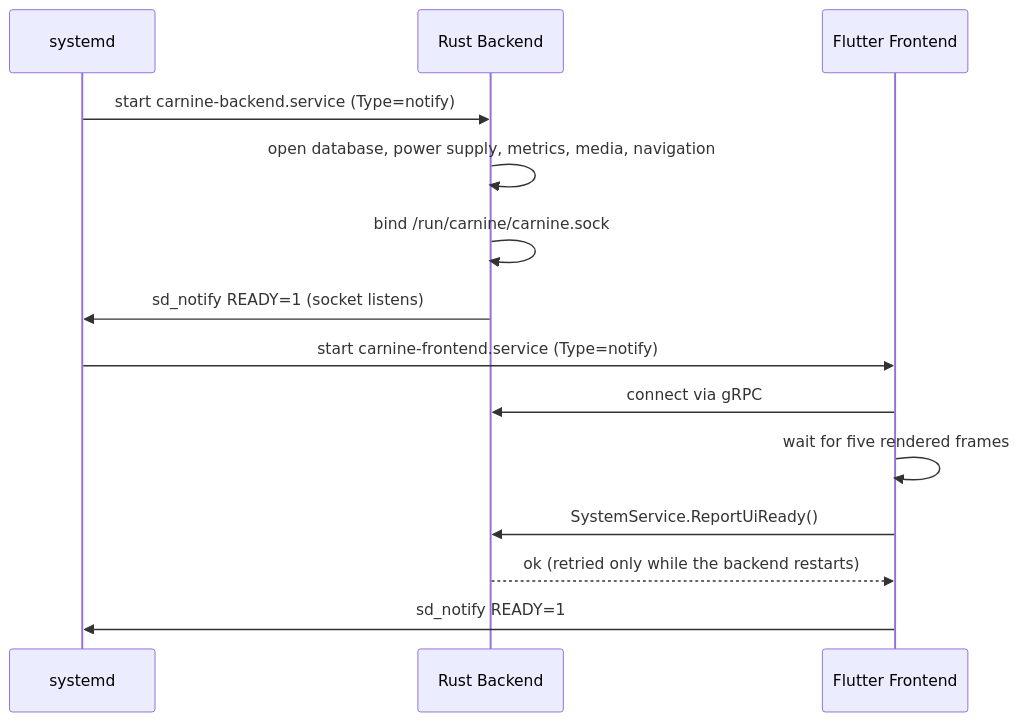
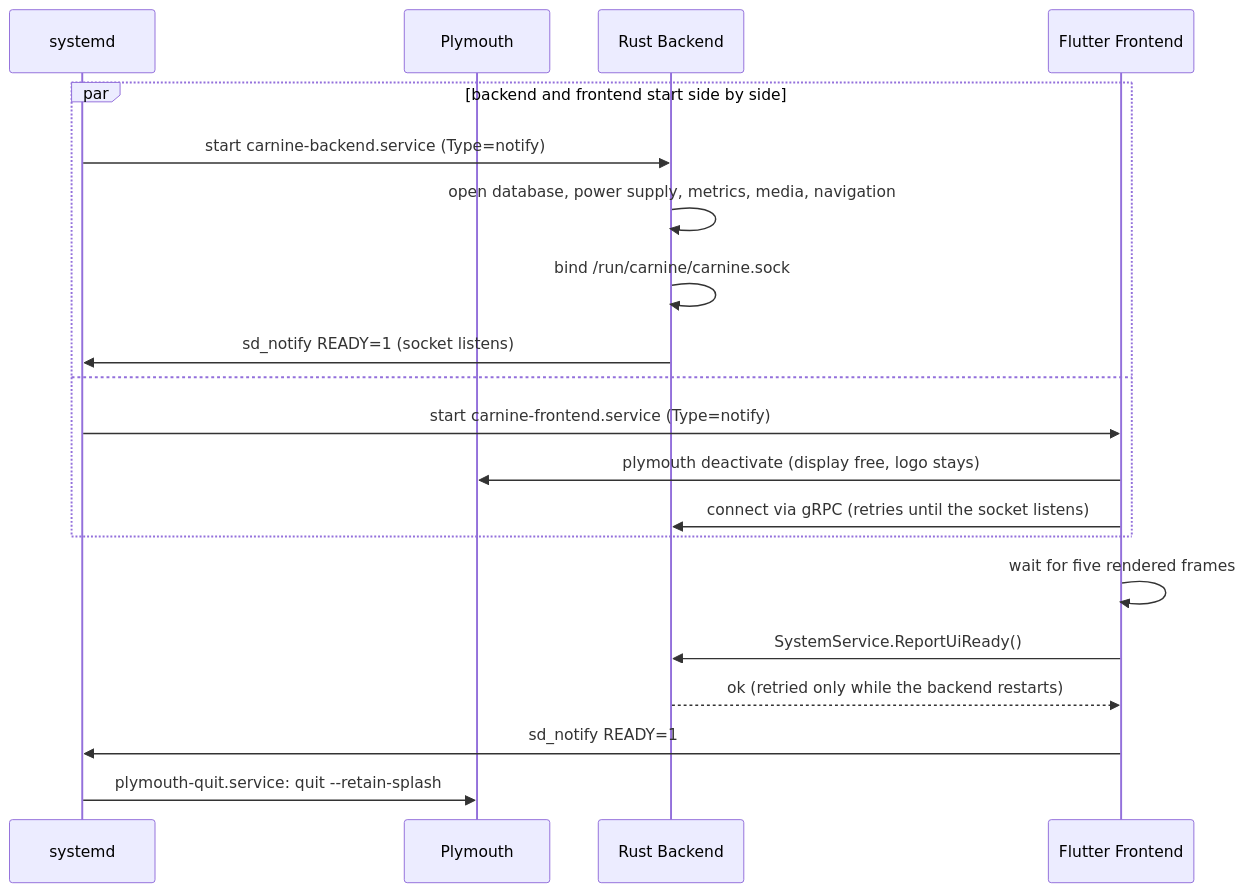
The first of 2 diagrams in docs/06-runtime.md (DerKleinePunk/carnine2), drawn with Mermaid before and after one commit. The commit also changed other lines of this file and 4 other files, not shown here.

First line of the commit message:
Docs: boot logo until the first frame, frontend beside the backend

````diff
--- a/docs/06-runtime.md
+++ b/docs/06-runtime.md
@@ -228,17 +246,23 @@
 ```mermaid
 sequenceDiagram
     participant SD as systemd
+    participant PL as Plymouth
     participant RB as Rust Backend
     participant FF as Flutter Frontend
 
-    SD->>RB: start carnine-backend.service (Type=notify)
-    RB->>RB: open database, power supply, metrics, media, navigation
-    RB->>RB: bind /run/carnine/carnine.sock
-    RB->>SD: sd_notify READY=1 (socket listens)
-    SD->>FF: start carnine-frontend.service (Type=notify)
-    FF->>RB: connect via gRPC
+    par backend and frontend start side by side
+        SD->>RB: start carnine-backend.service (Type=notify)
+        RB->>RB: open database, power supply, metrics, media, navigation
+        RB->>RB: bind /run/carnine/carnine.sock
+        RB->>SD: sd_notify READY=1 (socket listens)
+    and
+        SD->>FF: start carnine-frontend.service (Type=notify)
+        FF->>PL: plymouth deactivate (display free, logo stays)
+        FF->>RB: connect via gRPC (retries until the socket listens)
+    end
     FF->>FF: wait for five rendered frames
     FF->>RB: SystemService.ReportUiReady()
     RB-->>FF: ok (retried only while the backend restarts)
     FF->>SD: sd_notify READY=1
+    SD->>PL: plymouth-quit.service: quit --retain-splash
 ```
````
